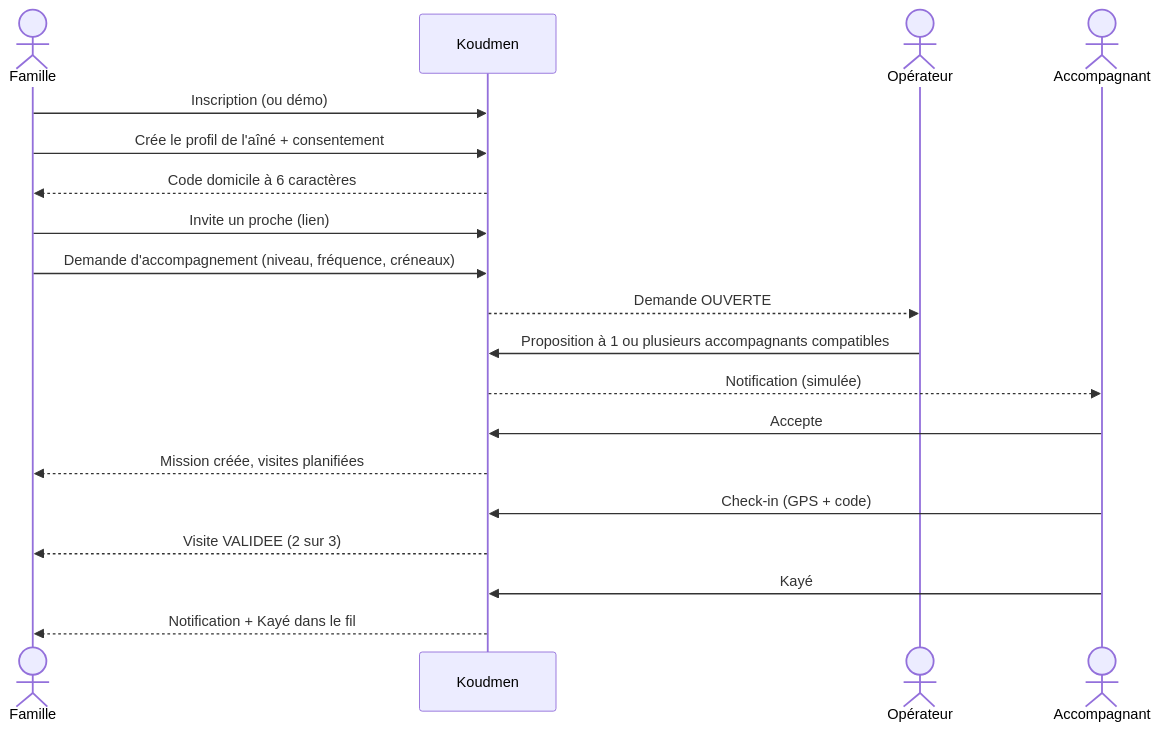
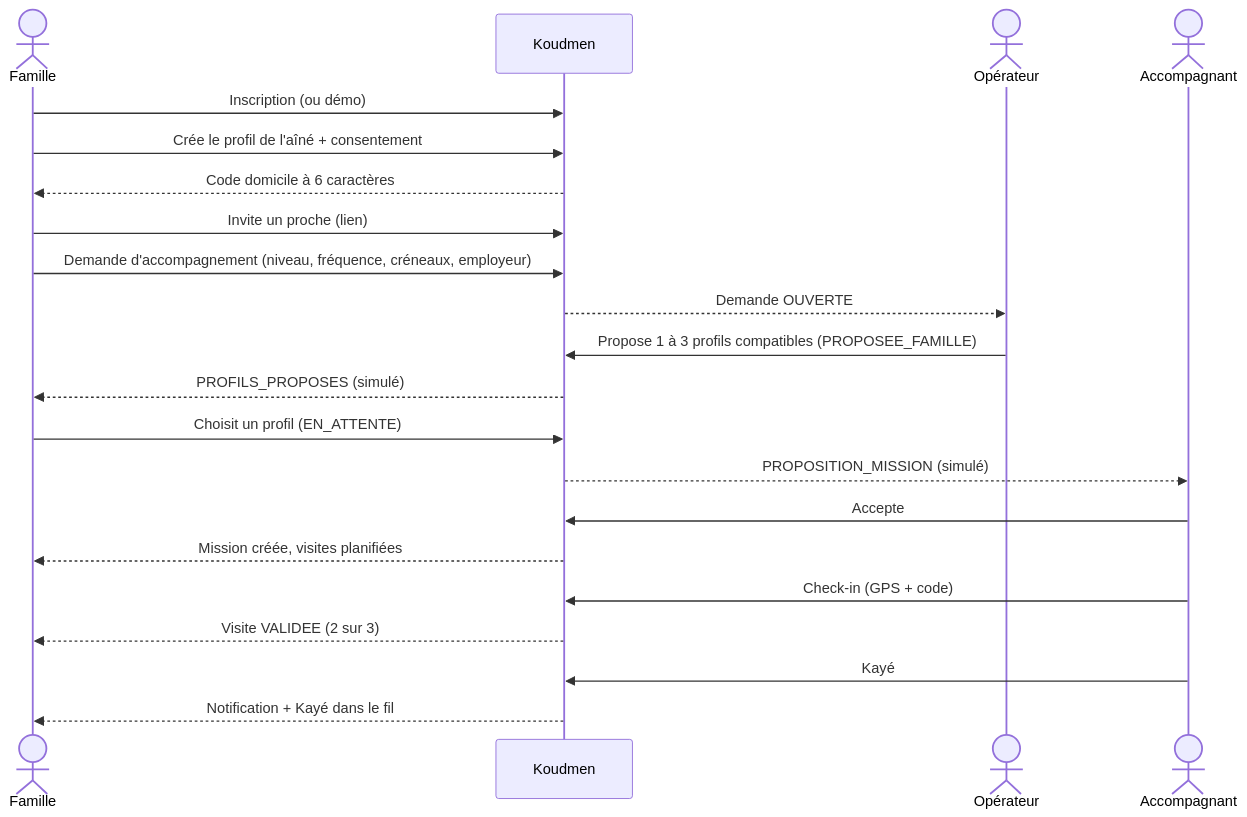
The fourth of 11 diagrams in docs/tech/specification-mvp.md (abbo-benhamid/Jarvis), drawn with Mermaid before and after one commit. The commit also changed other lines of this file and 5 other files, not shown here.

````diff
--- a/docs/tech/specification-mvp.md
+++ b/docs/tech/specification-mvp.md
@@ -111,21 +113,23 @@
 ```mermaid
 sequenceDiagram
   actor F as Famille
   participant K as Koudmen
   actor O as Opérateur
   actor A as Accompagnant
   F->>K: Inscription (ou démo)
   F->>K: Crée le profil de l'aîné + consentement
   K-->>F: Code domicile à 6 caractères
   F->>K: Invite un proche (lien)
-  F->>K: Demande d'accompagnement (niveau, fréquence, créneaux)
+  F->>K: Demande d'accompagnement (niveau, fréquence, créneaux, employeur)
   K-->>O: Demande OUVERTE
-  O->>K: Proposition à 1 ou plusieurs accompagnants compatibles
-  K-->>A: Notification (simulée)
+  O->>K: Propose 1 à 3 profils compatibles (PROPOSEE_FAMILLE)
+  K-->>F: PROFILS_PROPOSES (simulé)
+  F->>K: Choisit un profil (EN_ATTENTE)
+  K-->>A: PROPOSITION_MISSION (simulé)
   A->>K: Accepte
   K-->>F: Mission créée, visites planifiées
   A->>K: Check-in (GPS + code)
   K-->>F: Visite VALIDEE (2 sur 3)
   A->>K: Kayé
   K-->>F: Notification + Kayé dans le fil
 ```
````
